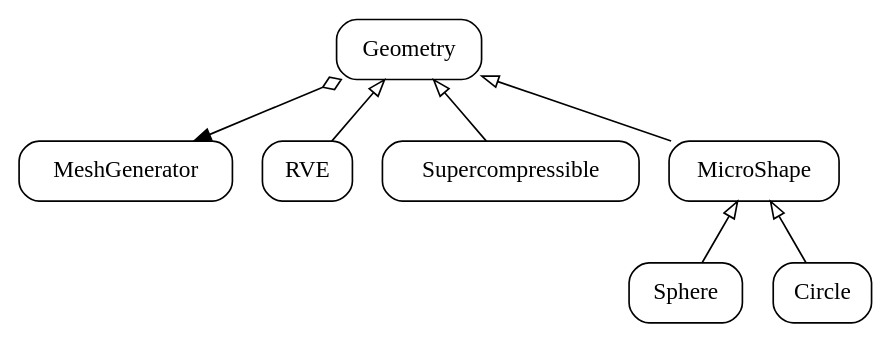
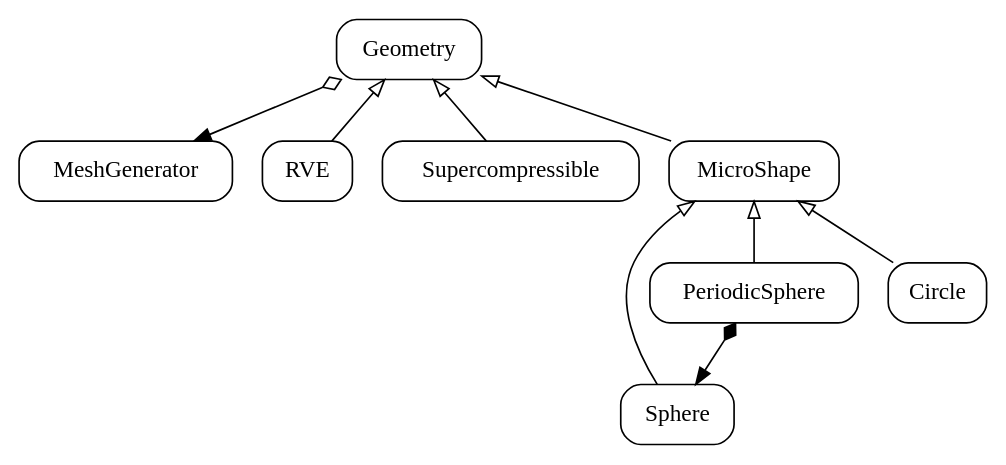
Before and after one commit to bessagroup/f3dasm: the diagram in uml/geometry.gv, drawn with Graphviz. The commit also changed 4 other files, not shown here.

```diff
--- a/uml/geometry.gv
+++ b/uml/geometry.gv
@@ -1,24 +1,30 @@
 digraph geometry {
 
     node[shape=record, style=rounded]
     Geometry[label = "{Geometry}"]
     MeshGenerator[label = "{MeshGenerator}"]
     RVE[label = "{RVE}"]
     Supercompressible[label = "{Supercompressible}"]
     MicroShape[label = "{MicroShape}"]
     Sphere[label = "{Sphere}"]
+    PeriodicSphere[label = "{PeriodicSphere}"]
 
     // generalizations
     edge[dir=back, arrowtail=empty, style=normal]
     Geometry->RVE
     Geometry->Supercompressible
     Geometry->MicroShape
     MicroShape->Sphere
     MicroShape->Circle
+    MicroShape->PeriodicSphere
+
+    // compositions
+    edge[dir=both, arrowtail=diamond, arrowhead=normal, style=normal]
+    PeriodicSphere->Sphere
 
     // aggregations
     edge[dir=both, arrowtail=ediamond, arrowhead=normal, style=normal]
     Geometry->MeshGenerator
 
 
 }
```
